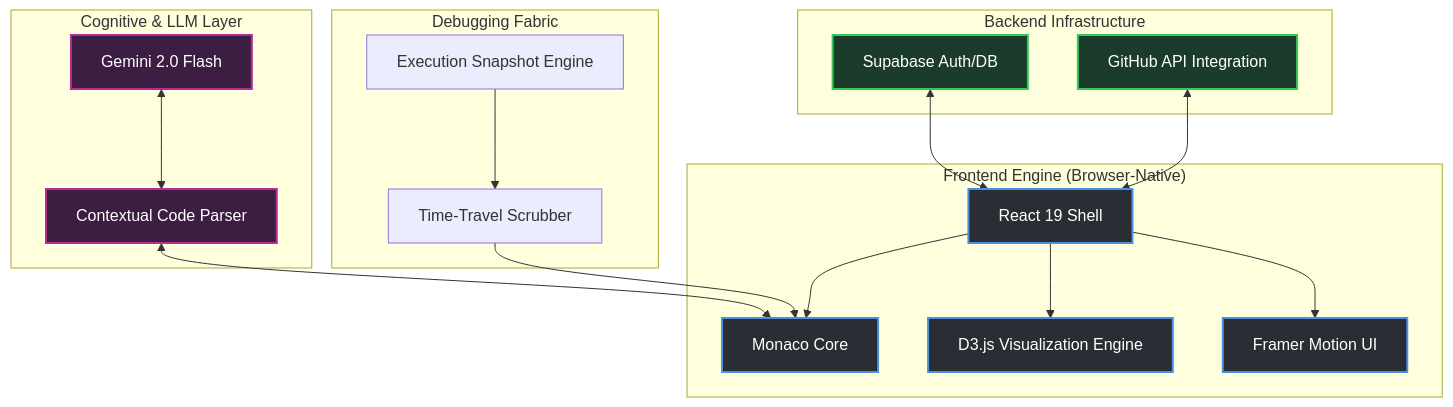
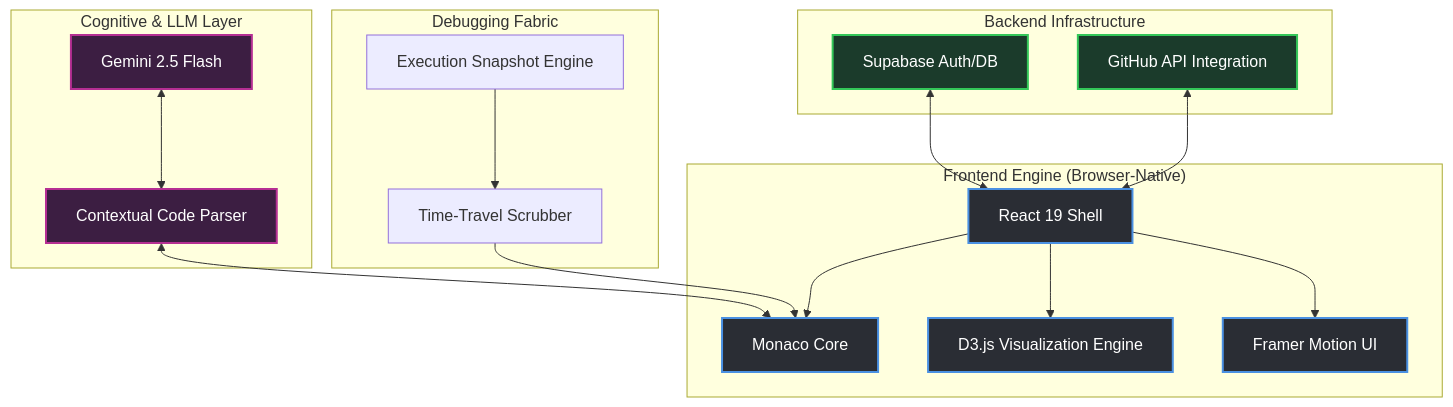
One commit to bansal1806/NexIDE changed the diagram in README.md. Above: the diagram before and after it, drawn with Mermaid. The commit also changed other lines of this file and 15 other files, not shown here.

````diff
--- a/README.md
+++ b/README.md
@@ -22,31 +22,31 @@
 ```mermaid
 graph TD
     subgraph "Frontend Engine (Browser-Native)"
         A[React 19 Shell] --> B[Monaco Core]
         A --> C[D3.js Visualization Engine]
         A --> D[Framer Motion UI]
     end
 
     subgraph "Cognitive & LLM Layer"
-        E[Gemini 2.0 Flash] <--> F[Contextual Code Parser]
+        E[Gemini 2.5 Flash] <--> F[Contextual Code Parser]
         F <--> B
     end
 
     subgraph "Backend Infrastructure"
         G[Supabase Auth/DB] <--> A
         H[GitHub API Integration] <--> A
     end
 
     subgraph "Debugging Fabric"
         I[Execution Snapshot Engine] --> J[Time-Travel Scrubber]
         J --> B
     end
 
     classDef core fill:#2A2D34,stroke:#4A90E2,stroke-width:2px,color:#FFF;
     classDef ai fill:#3C1E42,stroke:#B52F93,stroke-width:2px,color:#FFF;
     classDef backend fill:#1B3B2B,stroke:#34C759,stroke-width:2px,color:#FFF;
     
     class A,B,C,D core;
     class E,F ai;
     class G,H backend;
 ```
````
